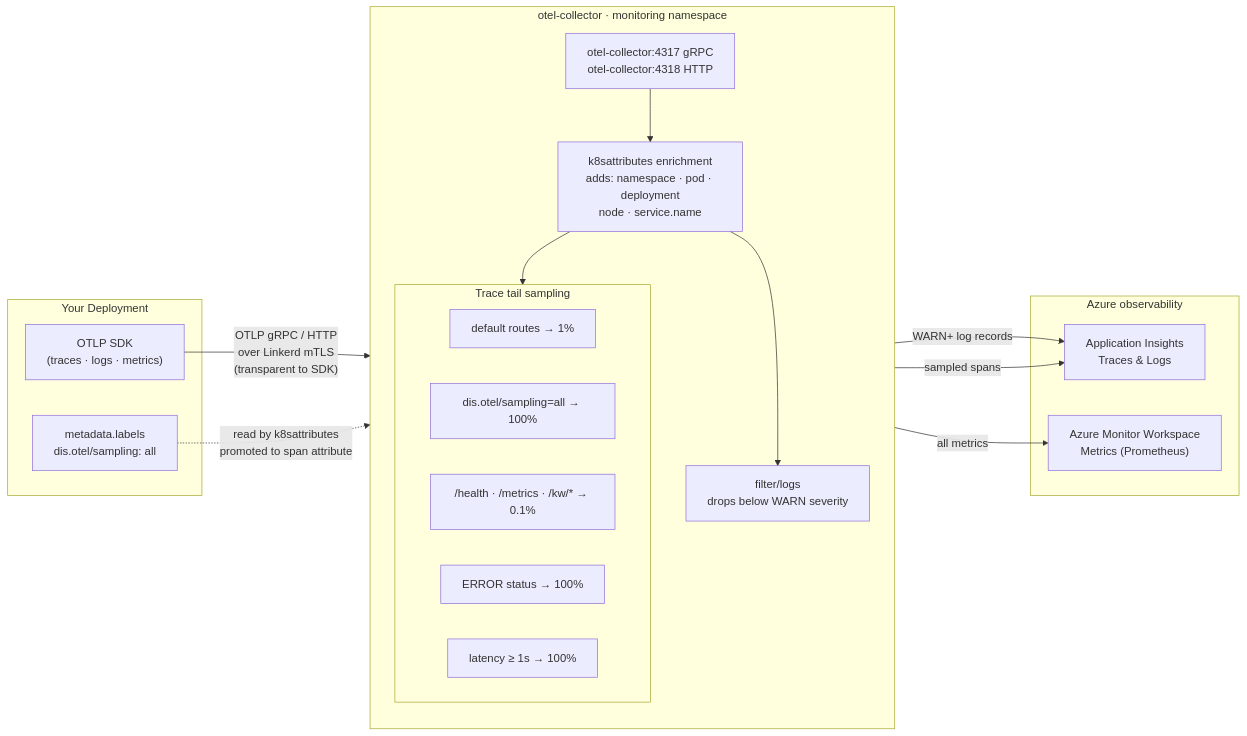
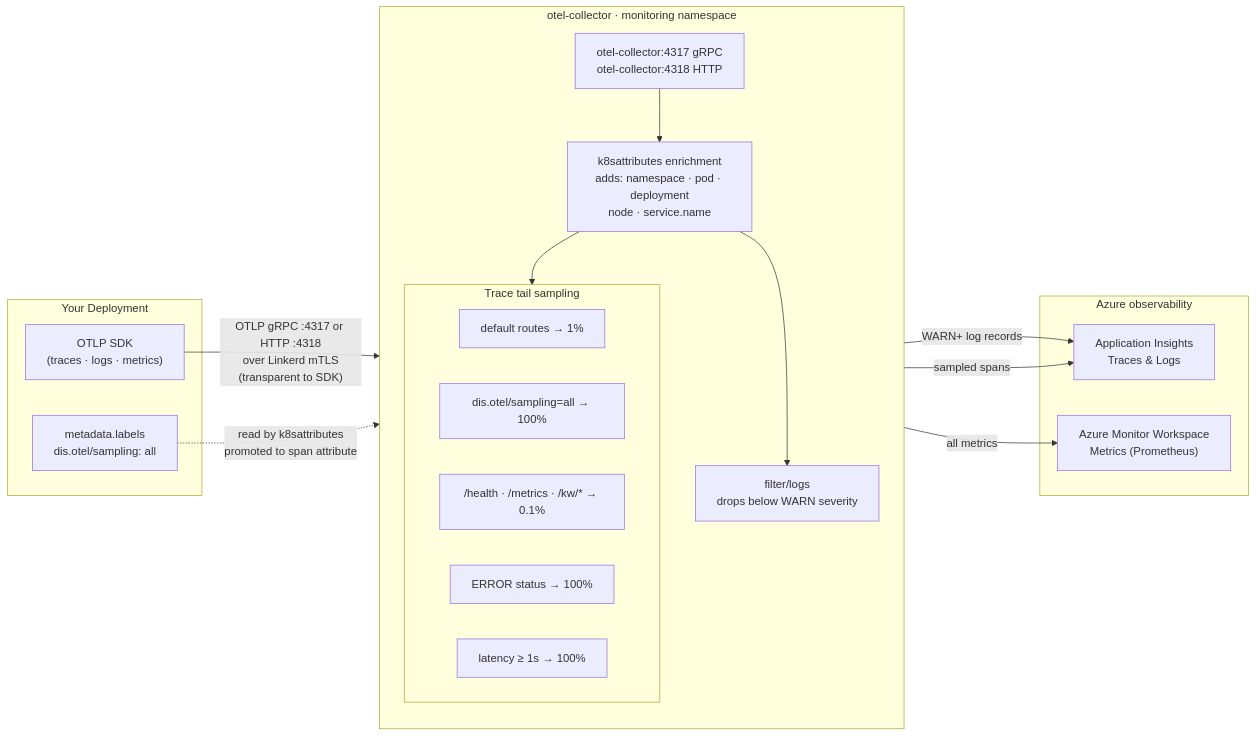
Before and after one commit to dis-way/gitops-manifests: the second of 2 diagrams in oci/otel-collector/README.md, drawn with Mermaid. The commit also changed other lines of this file, not shown here.

````diff
--- a/oci/otel-collector/README.md
+++ b/oci/otel-collector/README.md
@@ -49,37 +49,37 @@
 ```mermaid
 flowchart LR
     subgraph your_app["Your Deployment"]
         sdk["OTLP SDK\n(traces · logs · metrics)"]
         label["metadata.labels\ndis.otel/sampling: all"]
     end
 
     subgraph collector["otel-collector  ·  monitoring namespace"]
         direction TB
         ep["otel-collector:4317 gRPC\notel-collector:4318 HTTP"]
 
         subgraph sampling["Trace tail sampling"]
             s1["default routes → 1%"]
             s2["dis.otel/sampling=all → 100%"]
             s3["/health · /metrics · /kw/* → 0.1%"]
             s4["ERROR status → 100%"]
             s5["latency ≥ 1s → 100%"]
         end
 
         enrich["k8sattributes enrichment\nadds: namespace · pod · deployment\nnode · service.name"]
         filter["filter/logs\ndrops below WARN severity"]
     end
 
     subgraph azure["Azure observability"]
         ai["Application Insights\nTraces & Logs"]
         amw["Azure Monitor Workspace\nMetrics (Prometheus)"]
     end
 
-    sdk -->|"OTLP gRPC / HTTP\nover Linkerd mTLS\n(transparent to SDK)"| ep
+    sdk -->|"OTLP gRPC :4317 or HTTP :4318\nover Linkerd mTLS\n(transparent to SDK)"| ep
     label -.->|"read by k8sattributes\npromoted to span attribute"| enrich
     ep --> enrich
     enrich --> sampling
     enrich --> filter
     sampling -->|"sampled spans"| ai
     filter -->|"WARN+ log records"| ai
     enrich -->|"all metrics"| amw
 ```
````
